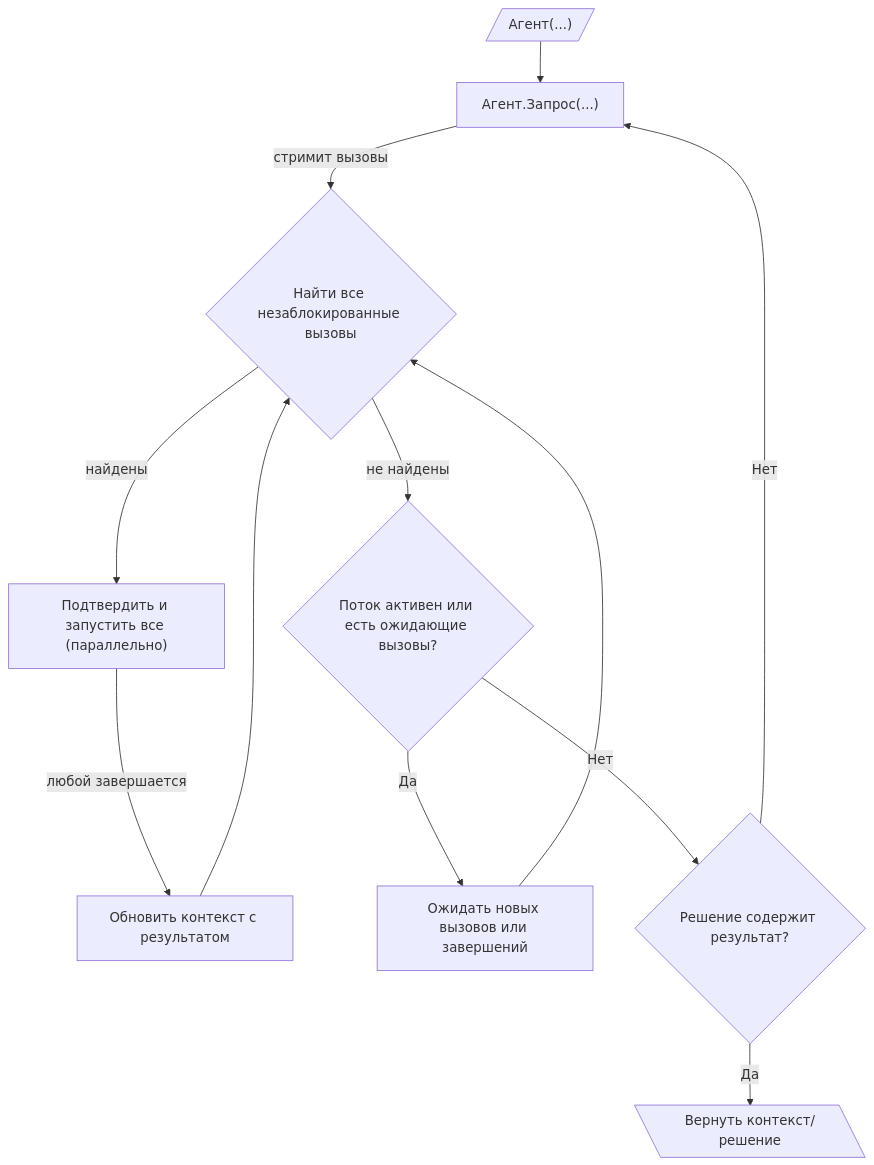
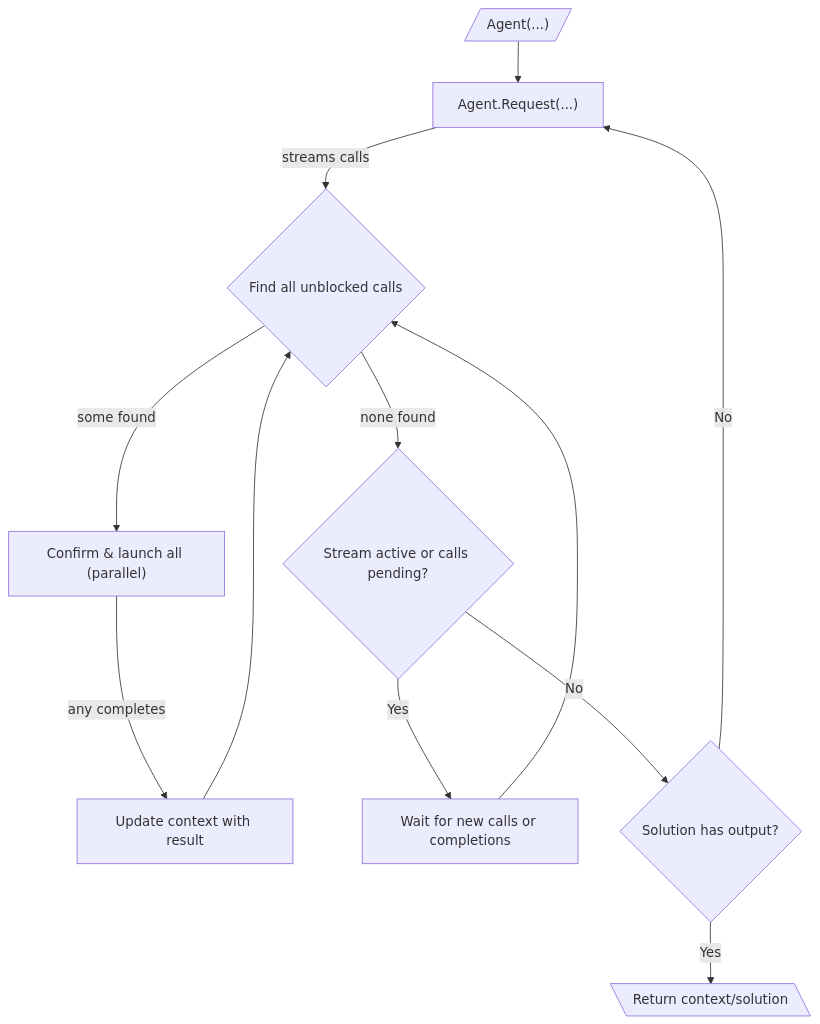
Before and after one commit to idealic-ai/docs: the diagram in translations/ru/acts/010_agent_loop.md, drawn with Mermaid. The commit also changed other lines of this file and 21 other files, not shown here.

````diff
--- a/translations/ru/acts/010_agent_loop.md
+++ b/translations/ru/acts/010_agent_loop.md
@@ -39,17 +39,17 @@
 ```mermaid
 graph TD
-    Start[/"Агент(...)"/] --> Request["Агент.Запрос(...)"];
-    Request -- стримит вызовы --> FindUnblocked{"Найти все незаблокированные вызовы"};
+    Start[/"Agent(...)"/] --> Request["Agent.Request(...)"];
+    Request -- streams calls --> FindUnblocked{"Find all unblocked calls"};
 
-    FindUnblocked -- "найдены" --> ConfirmAndLaunch["Подтвердить и запустить все (параллельно)"];
-    ConfirmAndLaunch -- "любой завершается" --> UpdateContext["Обновить контекст с результатом"];
+    FindUnblocked -- "some found" --> ConfirmAndLaunch["Confirm & launch all (parallel)"];
+    ConfirmAndLaunch -- "any completes" --> UpdateContext["Update context with result"];
     UpdateContext --> FindUnblocked;
 
-    FindUnblocked -- "не найдены" --> CheckStreamAndPending{"Поток активен или есть ожидающие вызовы?"};
-    CheckStreamAndPending -- Да --> Wait["Ожидать новых вызовов или завершений"];
+    FindUnblocked -- "none found" --> CheckStreamAndPending{"Stream active or calls pending?"};
+    CheckStreamAndPending -- Yes --> Wait["Wait for new calls or completions"];
     Wait --> FindUnblocked;
 
-    CheckStreamAndPending -- Нет --> CheckTermination{"Решение содержит результат?"};
-    CheckTermination -- Нет --> Request;
-    CheckTermination -- Да --> End[\"Вернуть контекст/решение"\];
+    CheckStreamAndPending -- No --> CheckTermination{"Solution has output?"};
+    CheckTermination -- No --> Request;
+    CheckTermination -- Yes --> End[\"Return context/solution"\];
 ```
````
